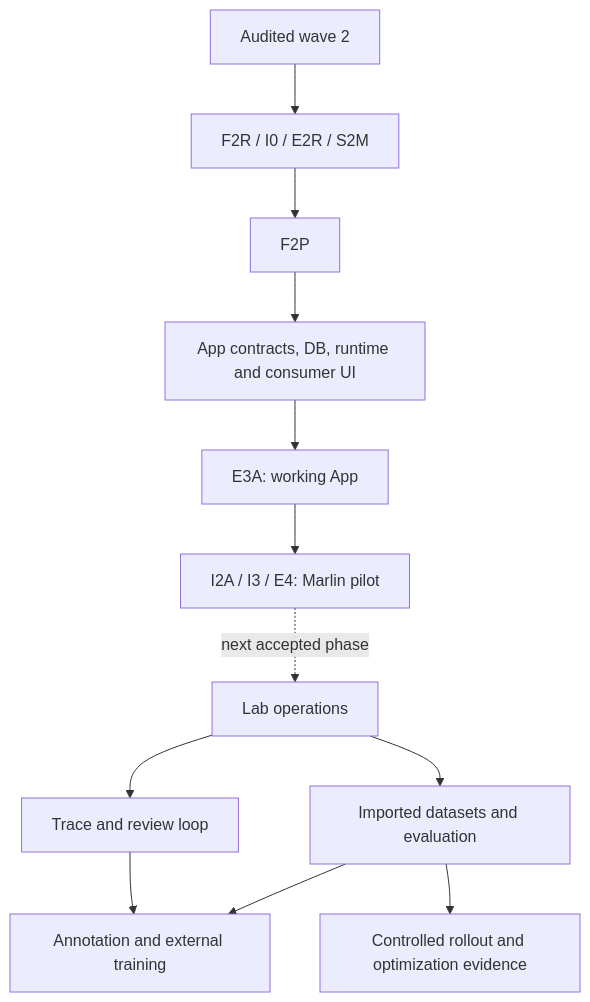
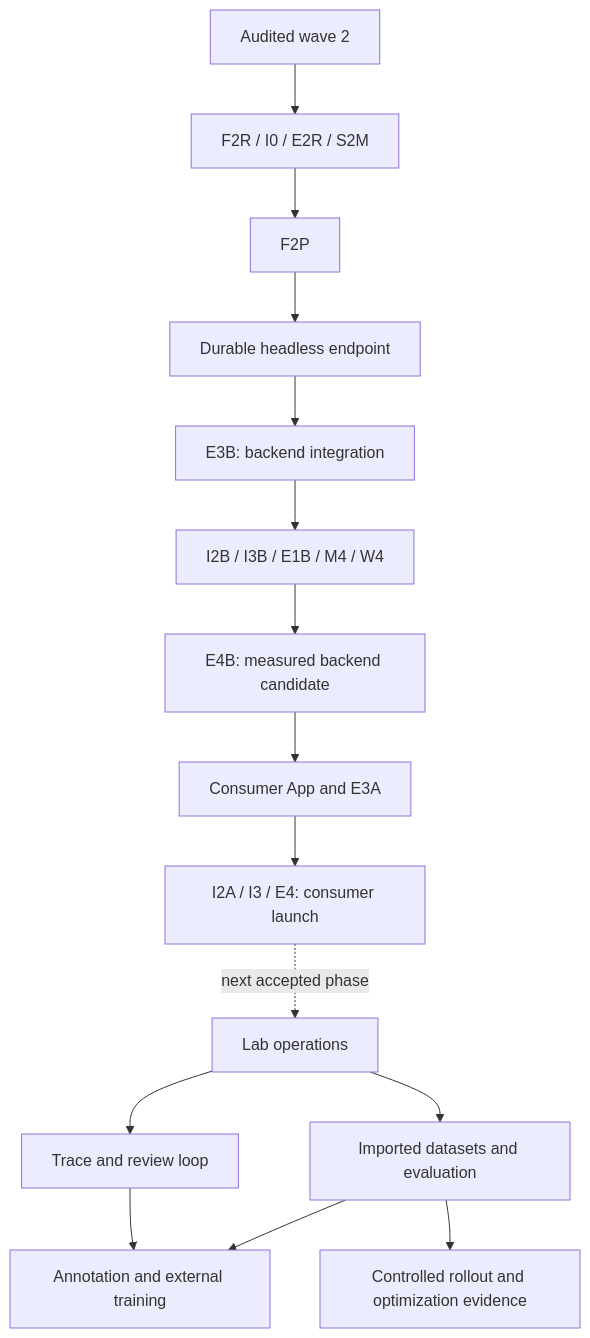
One commit to callgideon/model-inference changed the diagram in research/plan/12-complete-build-plan.md. Above: the diagram before and after it, drawn with Mermaid. The commit also changed other lines of this file and 45 other files, not shown here.

Commit message:
Prioritize robust optimized Marlin backend before App launch

````diff
--- a/research/plan/12-complete-build-plan.md
+++ b/research/plan/12-complete-build-plan.md
@@ -50,14 +53,17 @@
 ```mermaid
 flowchart TD
   Audit[Audited wave 2] --> Repairs[F2R / I0 / E2R / S2M]
   Repairs --> Contract[F2P]
-  Contract --> App[App contracts, DB, runtime and consumer UI]
-  App --> Local[E3A: working App]
-  Local --> Pilot[I2A / I3 / E4: Marlin pilot]
+  Contract --> Backend[Durable headless endpoint]
+  Backend --> Local[E3B: backend integration]
+  Local --> Tune[I2B / I3B / E1B / M4 / W4]
+  Tune --> Ready[E4B: measured backend candidate]
+  Ready --> App[Consumer App and E3A]
+  App --> Pilot[I2A / I3 / E4: consumer launch]
   Pilot -. next accepted phase .-> Operate[Lab operations]
   Operate --> Observe[Trace and review loop]
   Operate --> Eval[Imported datasets and evaluation]
   Observe --> Improve[Annotation and external training]
   Eval --> Improve
   Eval --> Rollout[Controlled rollout and optimization evidence]
 ```
````
